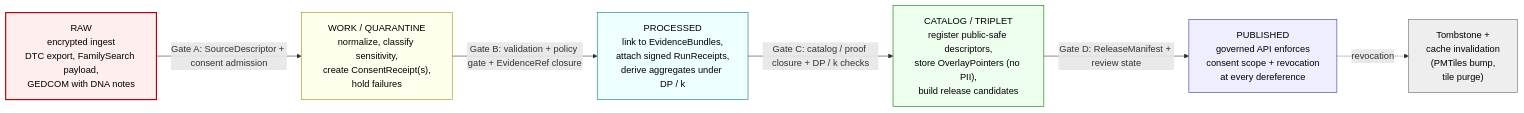
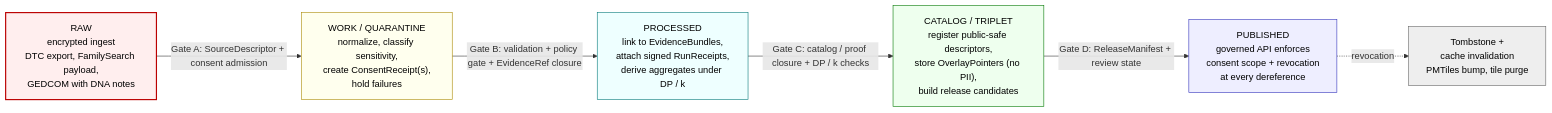
The diagram in docs/domains/people-dna-land/sublanes/dna.md (bartytime4life/Kansas-Frontier-Matrix), drawn with Mermaid before and after one commit. The commit also changed other lines of this file, not shown here.

````diff
--- a/docs/domains/people-dna-land/sublanes/dna.md
+++ b/docs/domains/people-dna-land/sublanes/dna.md
@@ -275,27 +311,27 @@
 ```mermaid
 flowchart LR
   A["RAW<br/>encrypted ingest<br/>DTC export, FamilySearch payload,<br/>GEDCOM with DNA notes"]
   B["WORK / QUARANTINE<br/>normalize, classify sensitivity,<br/>create ConsentReceipt(s),<br/>hold failures"]
   C["PROCESSED<br/>link to EvidenceBundles,<br/>attach signed RunReceipts,<br/>derive aggregates under DP / k"]
   D["CATALOG / TRIPLET<br/>register public-safe descriptors,<br/>store OverlayPointers (no PII),<br/>build release candidates"]
   E["PUBLISHED<br/>governed API enforces<br/>consent scope + revocation<br/>at every dereference"]
 
-  A -->|Gate A: SourceDescriptor + consent admission| B
-  B -->|Gate B: validation + policy gate + EvidenceRef closure| C
-  C -->|Gate C: catalog / proof closure + DP / k checks| D
-  D -->|Gate D: ReleaseManifest + review state| E
-  E -.->|revocation| F["Tombstone +<br/>cache invalidation<br/>(PMTiles bump,<br/>tile purge)"]
+  A -->|"Gate A: SourceDescriptor + consent admission"| B
+  B -->|"Gate B: validation + policy gate + EvidenceRef closure"| C
+  C -->|"Gate C: catalog / proof closure + DP / k checks"| D
+  D -->|"Gate D: ReleaseManifest + review state"| E
+  E -.->|"revocation"| F["Tombstone +<br/>cache invalidation<br/>PMTiles bump, tile purge"]
 
   classDef raw fill:#fee,stroke:#b00,stroke-width:2px,color:#000
   classDef work fill:#ffe,stroke:#a80,color:#000
   classDef proc fill:#eff,stroke:#077,color:#000
   classDef cat fill:#efe,stroke:#070,color:#000
   classDef pub fill:#eef,stroke:#33b,color:#000
   classDef rev fill:#eee,stroke:#666,color:#000
   class A raw
   class B work
   class C proc
   class D cat
   class E pub
   class F rev
 ```
````
